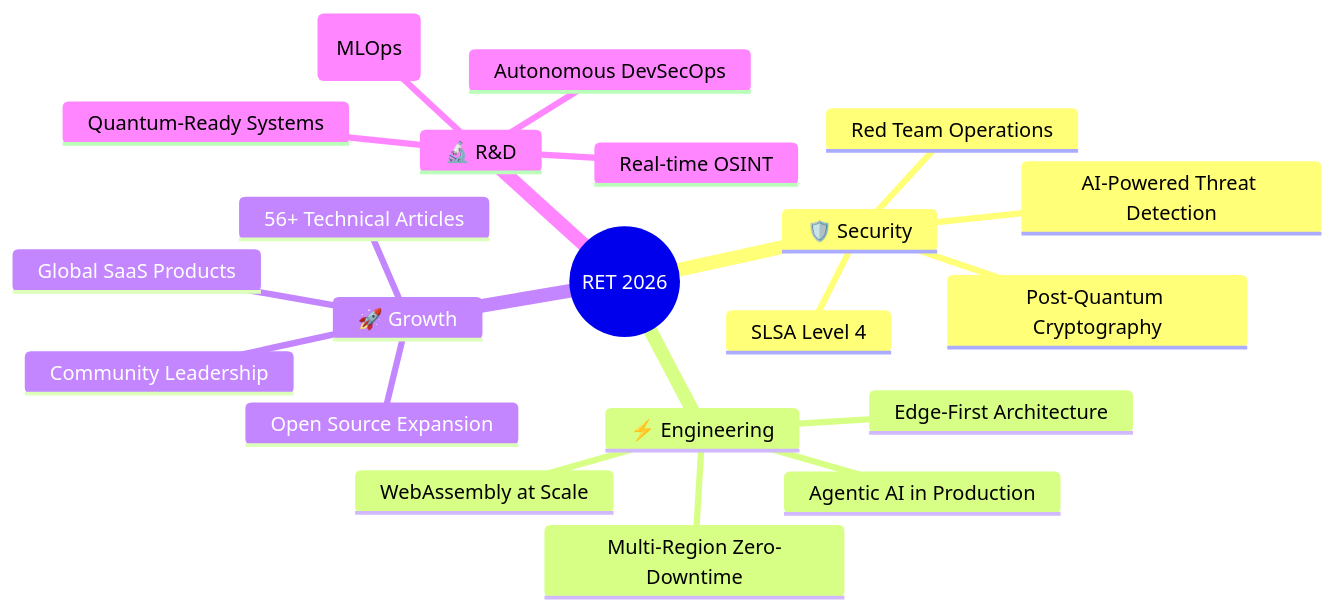
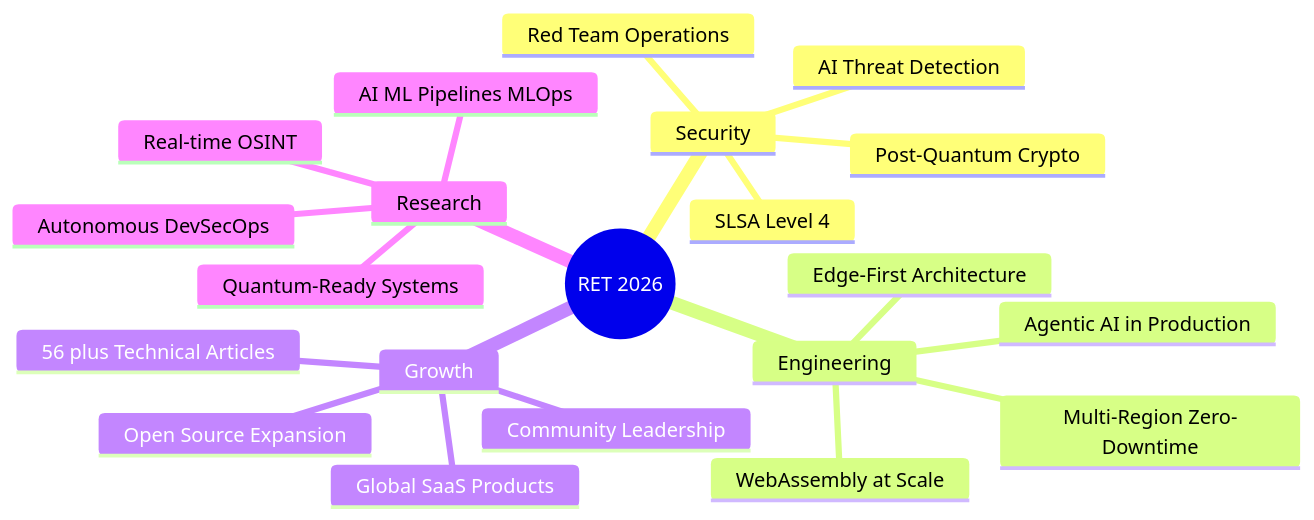
Before and after one commit to glferreira-devsecops/glferreira-devsecops: the diagram in README.md, drawn with Mermaid. The commit also changed other lines of this file, not shown here.

````diff
--- a/README.md
+++ b/README.md
@@ -325,24 +452,24 @@
 ```mermaid
 mindmap
   root((RET 2026))
-    🛡️ Security
+    Security
       Red Team Operations
-      AI-Powered Threat Detection
-      Post-Quantum Cryptography
+      AI Threat Detection
+      Post-Quantum Crypto
       SLSA Level 4
-    ⚡ Engineering
+    Engineering
       Edge-First Architecture
       WebAssembly at Scale
       Agentic AI in Production
       Multi-Region Zero-Downtime
-    🚀 Growth
+    Growth
       Global SaaS Products
       Open Source Expansion
-      56+ Technical Articles
+      56 plus Technical Articles
       Community Leadership
-    🔬 R&D
-      AI/ML Pipelines (MLOps)
+    Research
+      AI ML Pipelines MLOps
       Quantum-Ready Systems
       Autonomous DevSecOps
       Real-time OSINT
 ```
````
